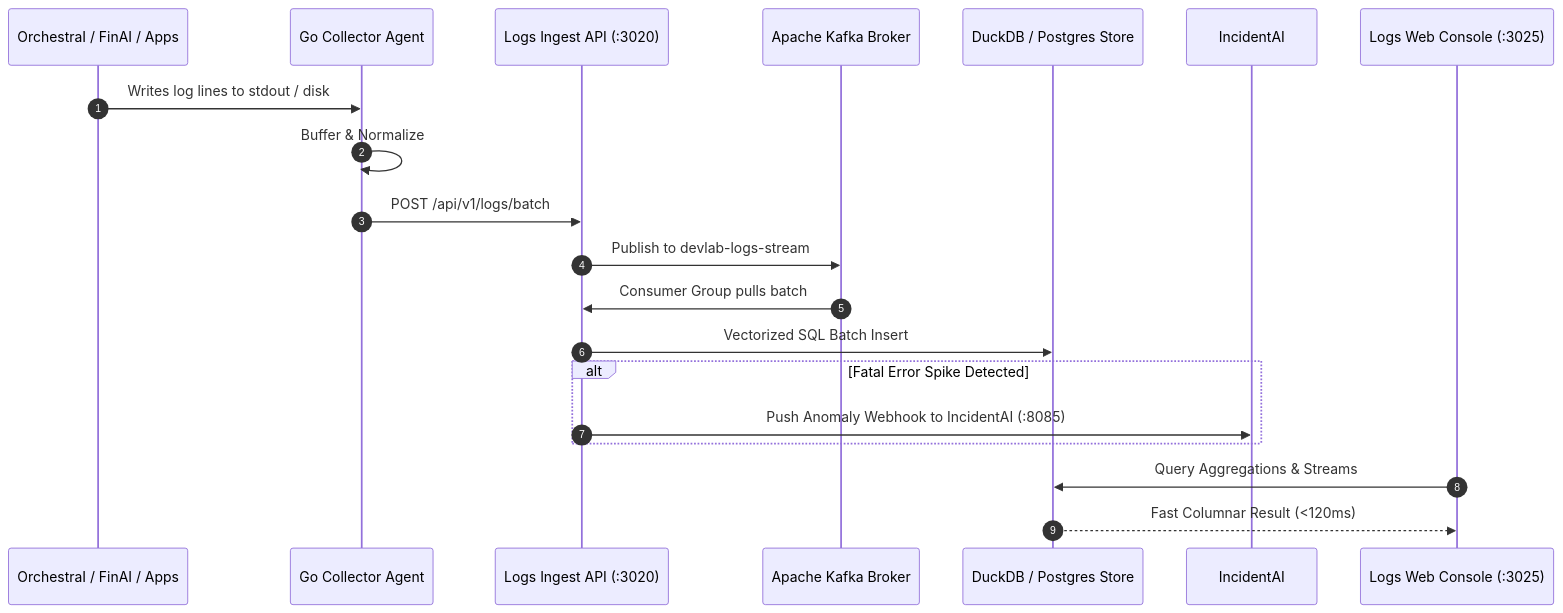
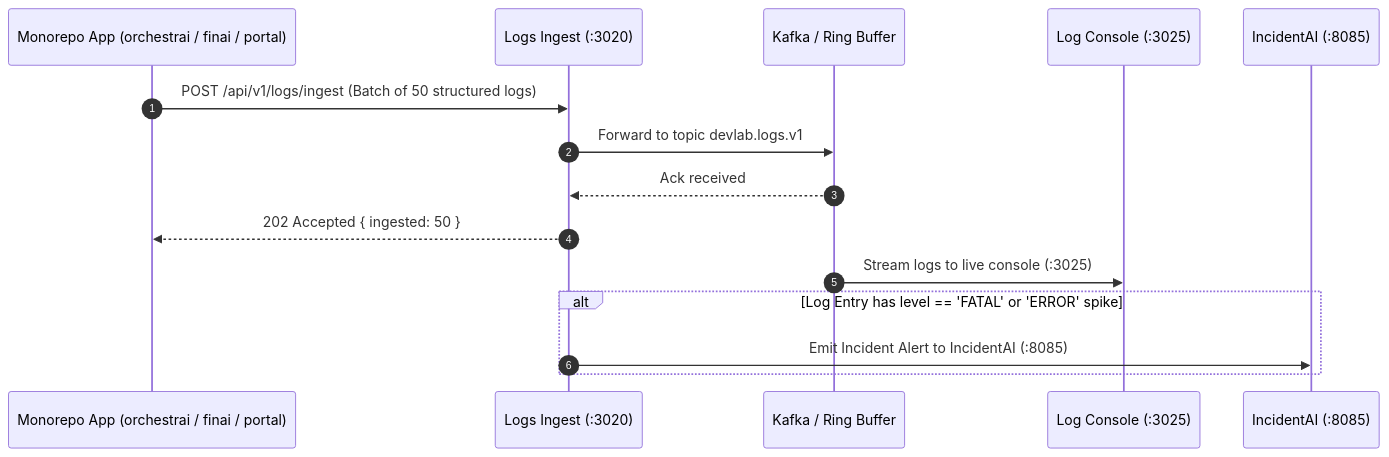
The diagram in PROJECT_INFO.md (yuvadevlab/devlab-logs), drawn with Mermaid before and after one commit. The commit also changed other lines of this file, not shown here.

````diff
--- a/PROJECT_INFO.md
+++ b/PROJECT_INFO.md
@@ -151,23 +98,20 @@
 ```mermaid
 sequenceDiagram
     autonumber
-    participant App as OrchestraI / FinAI / Apps
-    participant Agent as Go Collector Agent
-    participant Ingest as Logs Ingest API (:3020)
-    participant Kafka as Apache Kafka Broker
-    participant DuckDB as DuckDB / Postgres Store
-    participant IA as IncidentAI
-    participant Web as Logs Web Console (:3025)
+    participant App as Monorepo App (orchestrai / finai / portal)
+    participant Ingest as Logs Ingest (:3020)
+    participant Kafka as Kafka / Ring Buffer
+    participant Web as Log Console (:3025)
+    participant IA as IncidentAI (:8085)
 
-    App->>Agent: Writes log lines to stdout / disk
-    Agent->>Agent: Buffer & Normalize
-    Agent->>Ingest: POST /api/v1/logs/batch
-    Ingest->>Kafka: Publish to devlab-logs-stream
-    Kafka->>Ingest: Consumer Group pulls batch
-    Ingest->>DuckDB: Vectorized SQL Batch Insert
-    alt Fatal Error Spike Detected
-        Ingest->>IA: Push Anomaly Webhook to IncidentAI (:8085)
+    App->>Ingest: POST /api/v1/logs/ingest (Batch of 50 structured logs)
+    Ingest->>Kafka: Forward to topic devlab.logs.v1
+    Kafka-->>Ingest: Ack received
+    Ingest-->>App: 202 Accepted { ingested: 50 }
+
+    Kafka->>Web: Stream logs to live console (:3025)
+
+    alt Log Entry has level == 'FATAL' or 'ERROR' spike
+        Ingest->>IA: Emit Incident Alert to IncidentAI (:8085)
     end
-    Web->>DuckDB: Query Aggregations & Streams
-    DuckDB-->>Web: Fast Columnar Result (<120ms)
 ```
````
